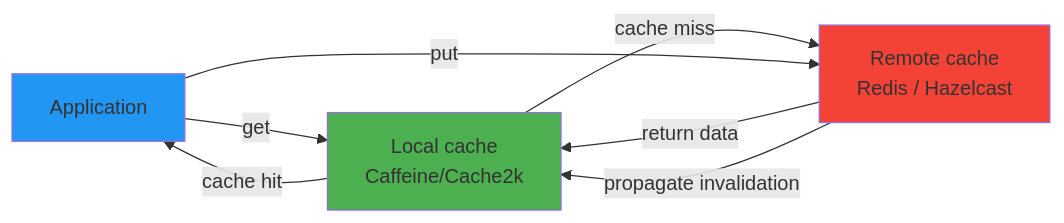
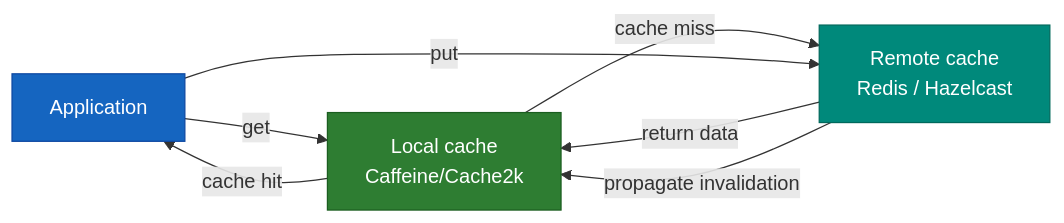
The third of 3 diagrams in infra/cache/README.md (bluetape4k/bluetape4k-projects), drawn with Mermaid before and after one commit. The commit also changed other lines of this file and 221 other files, not shown here.

First line of the commit message:
docs: 전체 모듈 README UML 다이어그램 보강 및 색상 업그레이드

````diff
--- a/infra/cache/README.md
+++ b/infra/cache/README.md
@@ -187,13 +215,17 @@
 ```mermaid
 flowchart LR
     App[Application] -->|get| LocalCache[Local cache<br/>Caffeine/Cache2k]
     LocalCache -->|cache hit| App
     LocalCache -->|cache miss| RemoteCache[Remote cache<br/>Redis / Hazelcast]
     RemoteCache -->|return data| LocalCache
     App -->|put| RemoteCache
     RemoteCache -->|propagate invalidation| LocalCache
 
-    style LocalCache fill:#4CAF50
-    style RemoteCache fill:#F44336
-    style App fill:#2196F3
+    classDef appStyle fill:#1565C0,stroke:#0D47A1,color:#FFFFFF
+    classDef localStyle fill:#2E7D32,stroke:#1B5E20,color:#FFFFFF
+    classDef remoteStyle fill:#00897B,stroke:#00695C,color:#FFFFFF
+
+    style App fill:#1565C0,stroke:#0D47A1,color:#FFFFFF
+    style LocalCache fill:#2E7D32,stroke:#1B5E20,color:#FFFFFF
+    style RemoteCache fill:#00897B,stroke:#00695C,color:#FFFFFF
 ```
````
